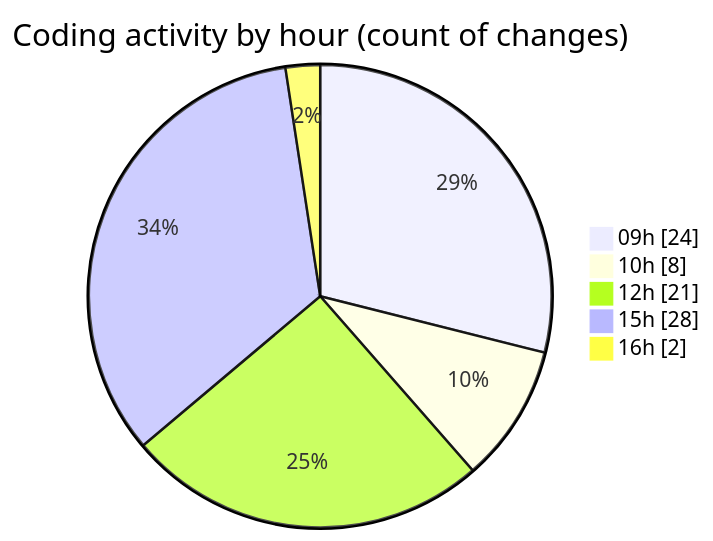
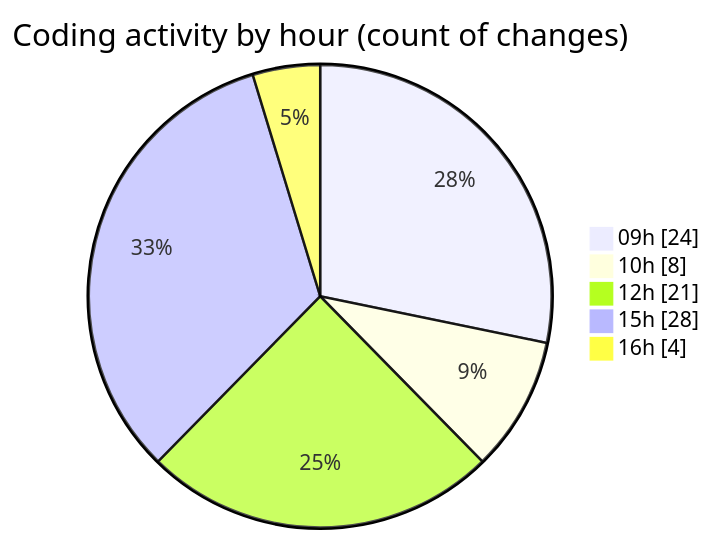
The second of 2 diagrams in 2025-08-18/rentotp/README.md (lephambinh05/code-tracking), drawn with Mermaid before and after one commit. The commit also changed other lines of this file and 1 other file, not shown here.

````diff
--- a/2025-08-18/rentotp/README.md
+++ b/2025-08-18/rentotp/README.md
@@ -63,9 +63,9 @@
 ```mermaid
 pie showData
 title Coding activity by hour (count of changes)
 "09h" : 24
 "10h" : 8
 "12h" : 21
 "15h" : 28
-"16h" : 2
+"16h" : 4
 ```
````
